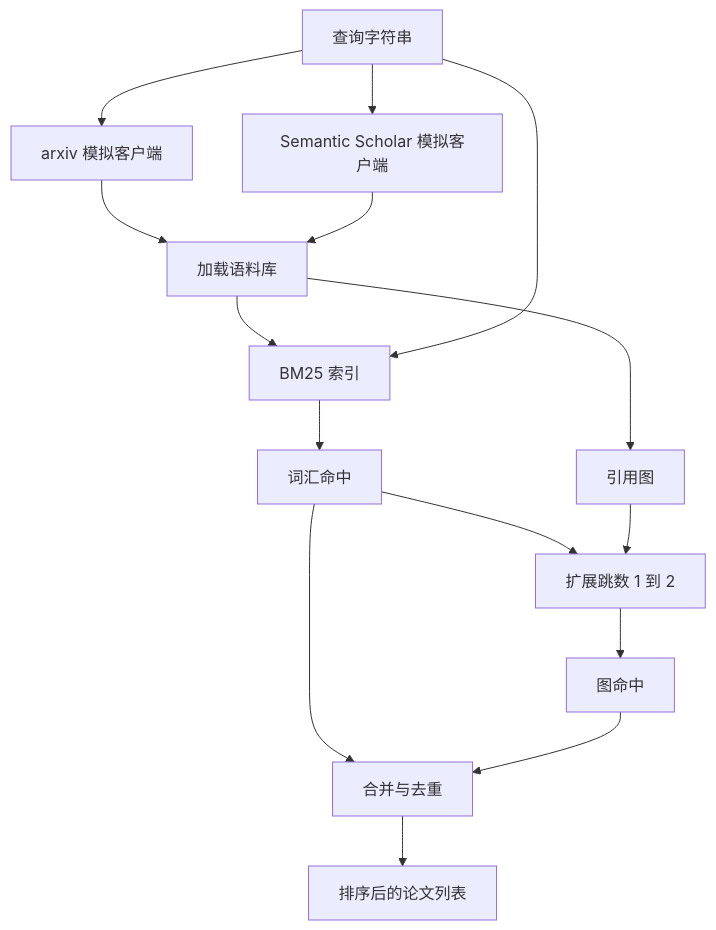
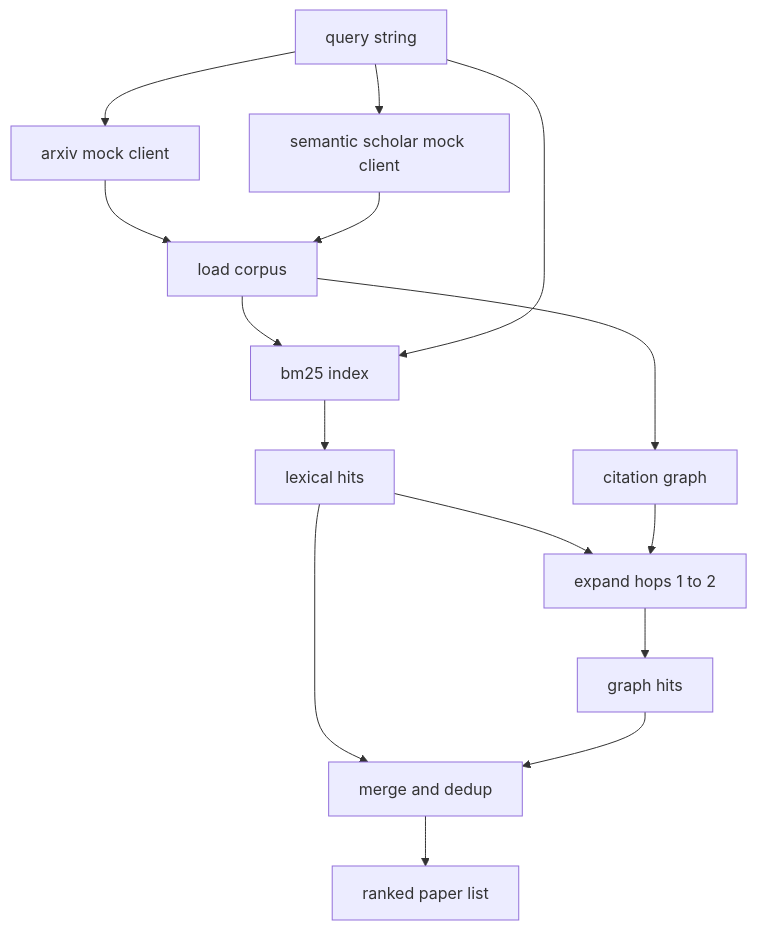
One commit to xiaojiaenen/ai-engineering-from-scratch-zh changed the diagram in i18n/zh/phases/19-capstone-projects/51-literature-retrieval/docs/zh.md. Above: the diagram before and after it, drawn with Mermaid. The commit also changed other lines of this file and 85 other files, not shown here.

````diff
--- a/i18n/zh/phases/19-capstone-projects/51-literature-retrieval/docs/zh.md
+++ b/i18n/zh/phases/19-capstone-projects/51-literature-retrieval/docs/zh.md
@@ -45,17 +45,17 @@
 ```mermaid
 flowchart TD
-    Q[查询字符串] --> A[arxiv 模拟客户端]
-    Q --> S[Semantic Scholar 模拟客户端]
-    A --> L[加载语料库]
+    Q[query string] --> A[arxiv mock client]
+    Q --> S[semantic scholar mock client]
+    A --> L[load corpus]
     S --> L
-    L --> B[BM25 索引]
-    L --> G[引用图]
+    L --> B[bm25 index]
+    L --> G[citation graph]
     Q --> B
-    B --> R1[词汇命中]
-    R1 --> H[扩展跳数 1 到 2]
+    B --> R1[lexical hits]
+    R1 --> H[expand hops 1 to 2]
     G --> H
-    H --> R2[图命中]
-    R1 --> M[合并与去重]
+    H --> R2[graph hits]
+    R1 --> M[merge and dedup]
     R2 --> M
-    M --> O[排序后的论文列表]
+    M --> O[ranked paper list]
 ```
````
